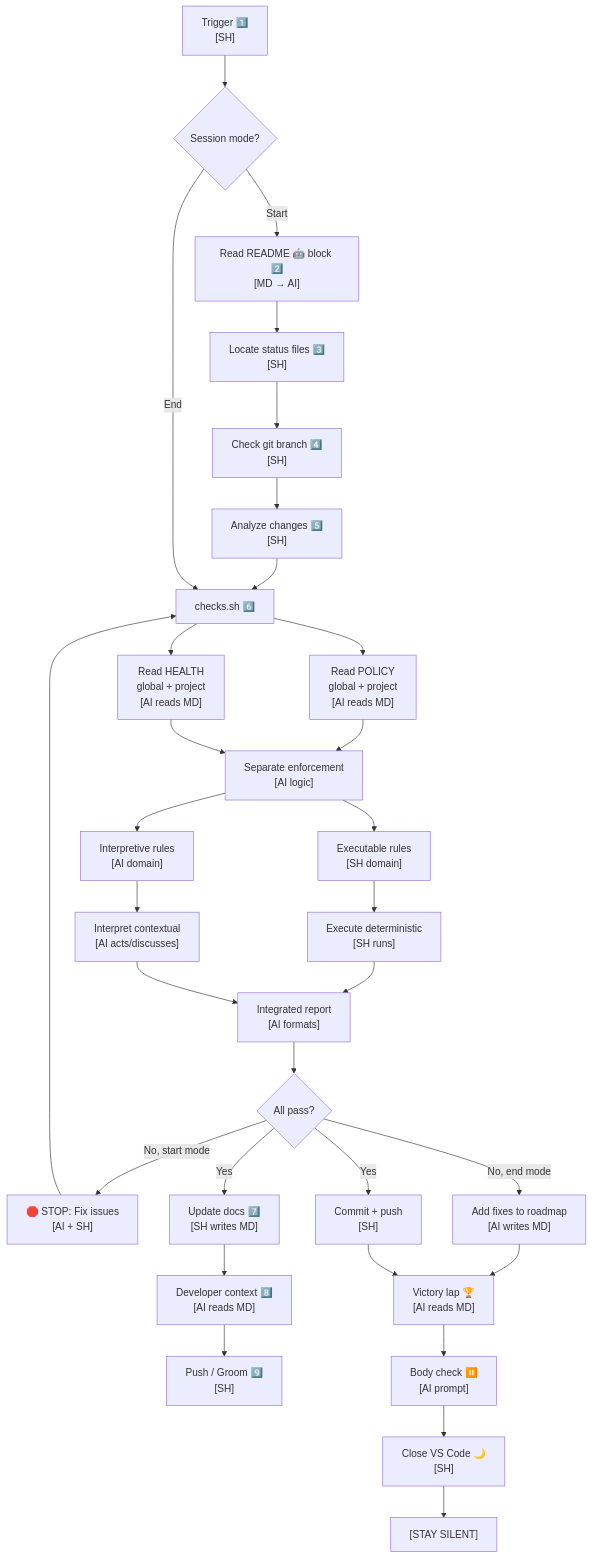
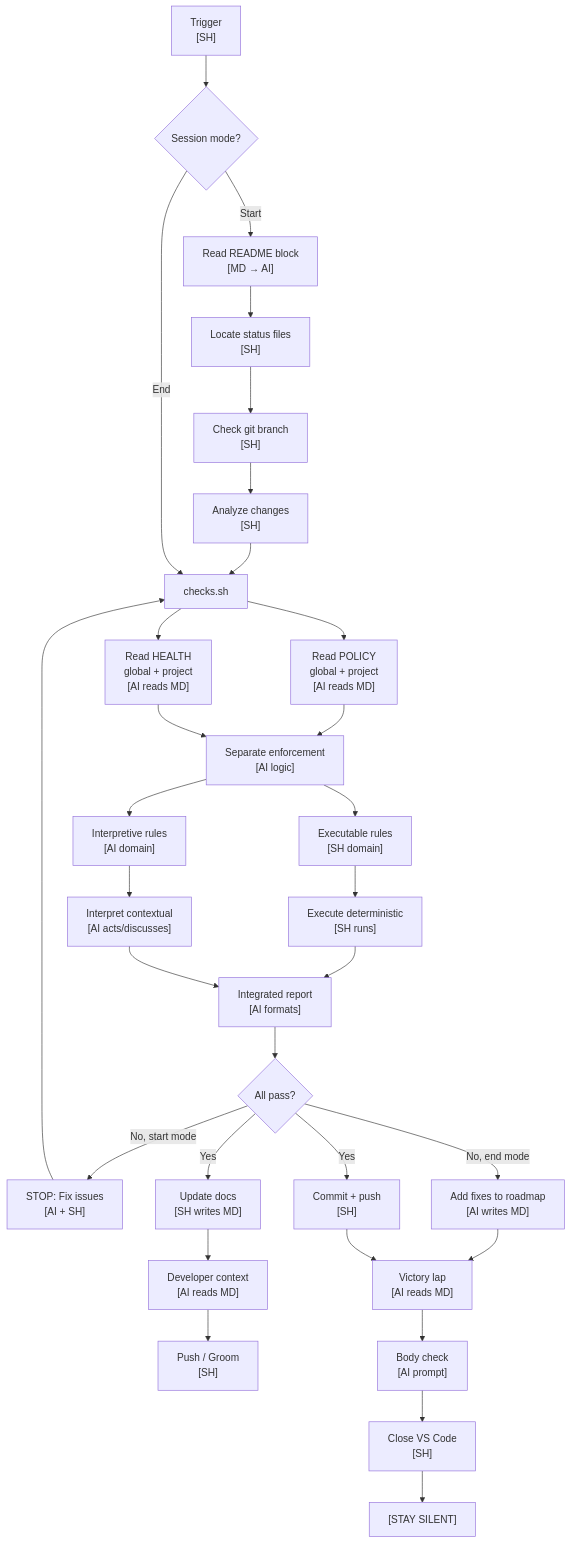
One commit to Dawgomatic/Xagent changed the fourth of 4 diagrams in skills/skills/nonlinear/backstage/SKILL.md. Above: the diagram before and after it, drawn with Mermaid. The commit also changed other lines of this file and 18009 other files, not shown here.

````diff
--- a/skills/skills/nonlinear/backstage/SKILL.md
+++ b/skills/skills/nonlinear/backstage/SKILL.md
@@ -219,77 +219,77 @@
 ```mermaid
 flowchart TD
-    START["Trigger 1️⃣<br/>[SH]"]
+    START["Trigger <br/>[SH]"]
     MODE{"Session mode?"}
     
     %% Common checks module (expanded)
-    CHECKS["checks.sh 6️⃣"]
+    CHECKS["checks.sh "]
     READ_POLICY["Read POLICY<br/>global + project<br/>[AI reads MD]"]
     READ_HEALTH["Read HEALTH<br/>global + project<br/>[AI reads MD]"]
     
     SEPARATE["Separate enforcement<br/>[AI logic]"]
     EXEC["Executable rules<br/>[SH domain]"]
     INTERP["Interpretive rules<br/>[AI domain]"]
     
     SH_EXEC["Execute deterministic<br/>[SH runs]"]
     AI_INTERP["Interpret contextual<br/>[AI acts/discusses]"]
     
     INTEGRATE["Integrated report<br/>[AI formats]"]
     CHECKS_GATE{"All pass?"}
     
     %% Start Branch
-    START_BRANCH["Read README 🤖 block 2️⃣<br/>[MD → AI]"]
-    START_FILES["Locate status files 3️⃣<br/>[SH]"]
-    START_GIT["Check git branch 4️⃣<br/>[SH]"]
-    START_WORK["Analyze changes 5️⃣<br/>[SH]"]
-    START_FIX["🛑 STOP: Fix issues<br/>[AI + SH]"]
-    START_UPDATE["Update docs 7️⃣<br/>[SH writes MD]"]
-    START_REPORT["Developer context 8️⃣<br/>[AI reads MD]"]
-    START_PUSH["Push / Groom 9️⃣<br/>[SH]"]
+    START_BRANCH["Read README  block <br/>[MD → AI]"]
+    START_FILES["Locate status files <br/>[SH]"]
+    START_GIT["Check git branch <br/>[SH]"]
+    START_WORK["Analyze changes <br/>[SH]"]
+    START_FIX[" STOP: Fix issues<br/>[AI + SH]"]
+    START_UPDATE["Update docs <br/>[SH writes MD]"]
+    START_REPORT["Developer context <br/>[AI reads MD]"]
+    START_PUSH["Push / Groom <br/>[SH]"]
     
     %% End Branch
     END_FIXES["Add fixes to roadmap<br/>[AI writes MD]"]
     END_PUSH["Commit + push<br/>[SH]"]
-    END_VICTORY["Victory lap 🏆<br/>[AI reads MD]"]
-    END_BODY["Body check ⏸️<br/>[AI prompt]"]
-    END_CLOSE["Close VS Code 🌙<br/>[SH]"]
+    END_VICTORY["Victory lap <br/>[AI reads MD]"]
+    END_BODY["Body check <br/>[AI prompt]"]
+    END_CLOSE["Close VS Code <br/>[SH]"]
     END_SILENT["[STAY SILENT]"]
     
     %% Flow
     START --> MODE
     
     MODE -->|Start| START_BRANCH
     START_BRANCH --> START_FILES
     START_FILES --> START_GIT
     START_GIT --> START_WORK
     START_WORK --> CHECKS
     
     CHECKS --> READ_POLICY
     CHECKS --> READ_HEALTH
     READ_POLICY --> SEPARATE
     READ_HEALTH --> SEPARATE
     
     SEPARATE --> EXEC
     SEPARATE --> INTERP
     
     EXEC --> SH_EXEC
     INTERP --> AI_INTERP
     
     SH_EXEC --> INTEGRATE
     AI_INTERP --> INTEGRATE
     INTEGRATE --> CHECKS_GATE
     
     CHECKS_GATE -->|No, start mode| START_FIX
     START_FIX --> CHECKS
     CHECKS_GATE -->|Yes| START_UPDATE
     START_UPDATE --> START_REPORT
     START_REPORT --> START_PUSH
     
     MODE -->|End| CHECKS
     CHECKS_GATE -->|No, end mode| END_FIXES
     CHECKS_GATE -->|Yes| END_PUSH
     END_FIXES --> END_VICTORY
     END_PUSH --> END_VICTORY
     END_VICTORY --> END_BODY
     END_BODY --> END_CLOSE
     END_CLOSE --> END_SILENT
 ```
````
